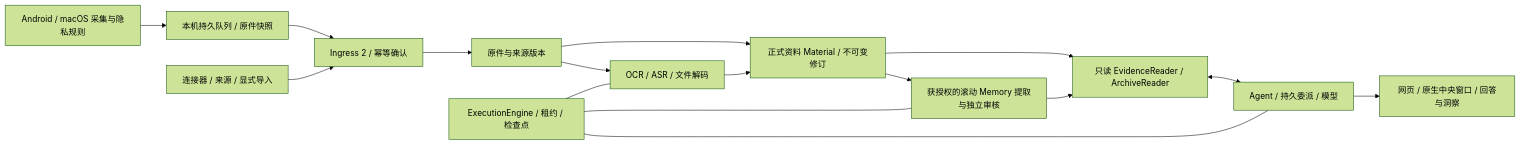
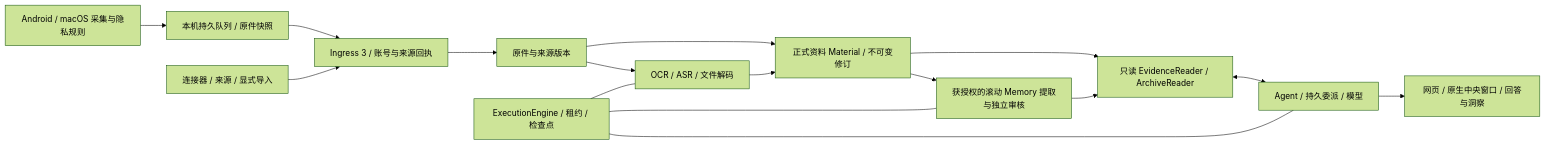
The diagram in docs/architecture.md (takenplan/mote), drawn with Mermaid (forest theme) before and after one commit. The commit also changed other lines of this file and 99 other files, not shown here.

````diff
--- a/docs/architecture.md
+++ b/docs/architecture.md
@@ -17,18 +17,18 @@
 ```mermaid
 flowchart LR
   C[Android / macOS 采集与隐私规则] --> Q[本机持久队列 / 原件快照]
-  Q --> I[Ingress 2 / 幂等确认]
+  Q --> I[Ingress 3 / 账号与来源回执]
   S[连接器 / 来源 / 显式导入] --> I
   I --> R[原件与来源版本]
   R --> M[正式资料 Material / 不可变修订]
   R --> P[OCR / ASR / 文件解码]
   P --> M
   M --> E[只读 EvidenceReader / ArchiveReader]
   M --> W[获授权的滚动 Memory 提取与独立审核]
   W --> E
   E <--> A[Agent / 持久委派 / 模型]
   A --> U[网页 / 原生中央窗口 / 回答与洞察]
   X[ExecutionEngine / 租约 / 检查点] --- P
   X --- W
   X --- A
 ```
````
